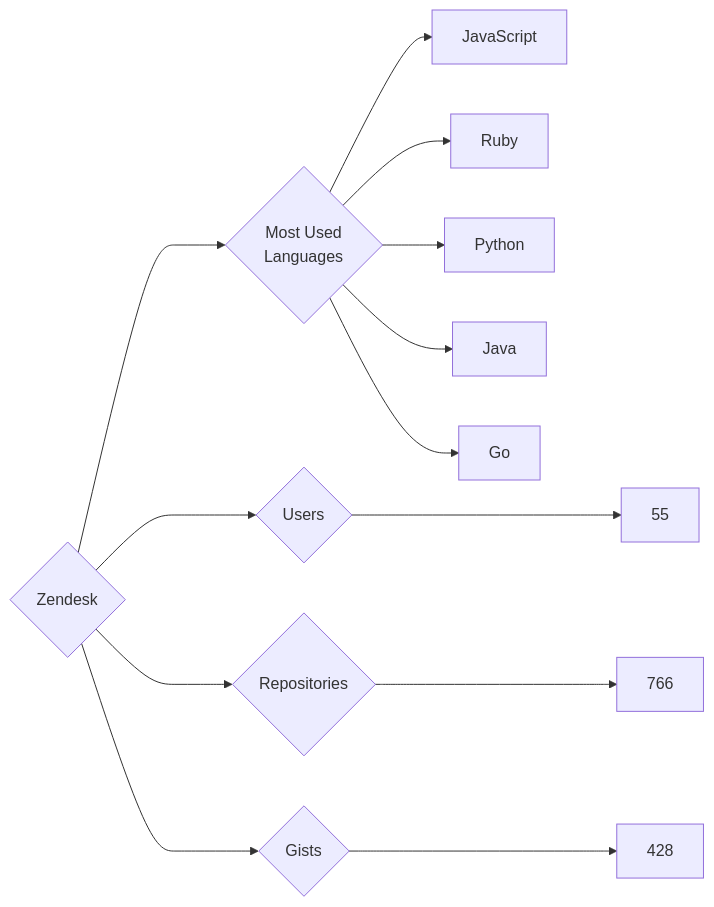
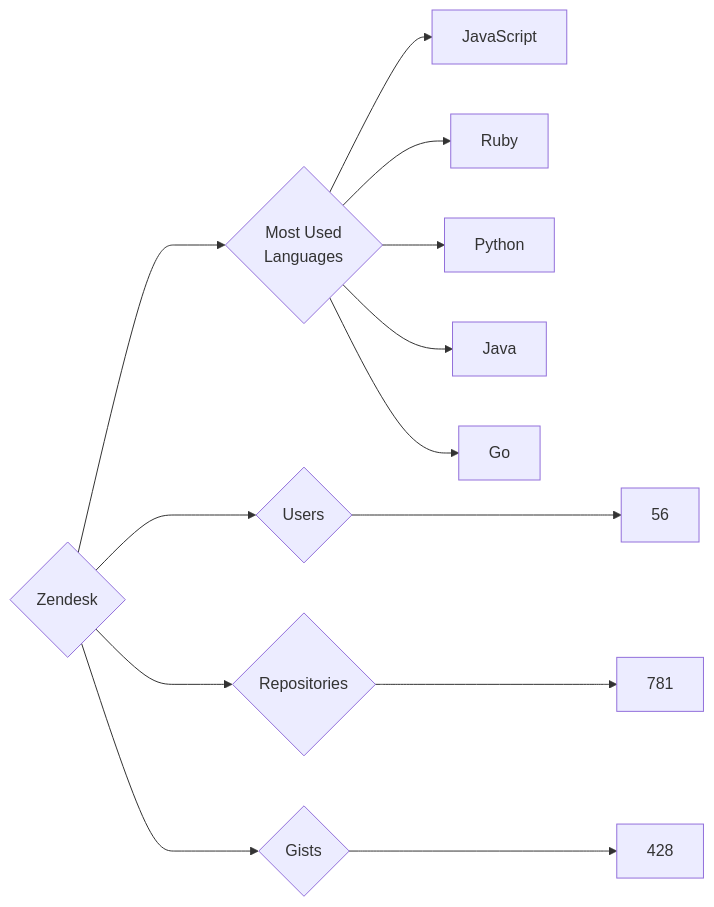
Before and after one commit to trickest/insiders: the diagram in targets/Zendesk/README.md, drawn with Mermaid. The commit also changed 815 other files, not shown here.

````diff
--- a/targets/Zendesk/README.md
+++ b/targets/Zendesk/README.md
@@ -3,13 +3,13 @@
 ```mermaid
 graph LR
 COMPANY_NAME{Zendesk}
-COMPANY_NAME ---> U{Users} ---> UN[55]
-COMPANY_NAME ---> R{Repositories} ---> RN[766]
+COMPANY_NAME ---> U{Users} ---> UN[56]
+COMPANY_NAME ---> R{Repositories} ---> RN[781]
 COMPANY_NAME ---> G{Gists} ---> GN[428]
 COMPANY_NAME ---> ML{Most Used<br>Languages}
 ML --> JavaScript[JavaScript]
 ML --> Ruby[Ruby]
 ML --> Python[Python]
 ML --> Java[Java]
 ML --> Go[Go]
 ```
````
